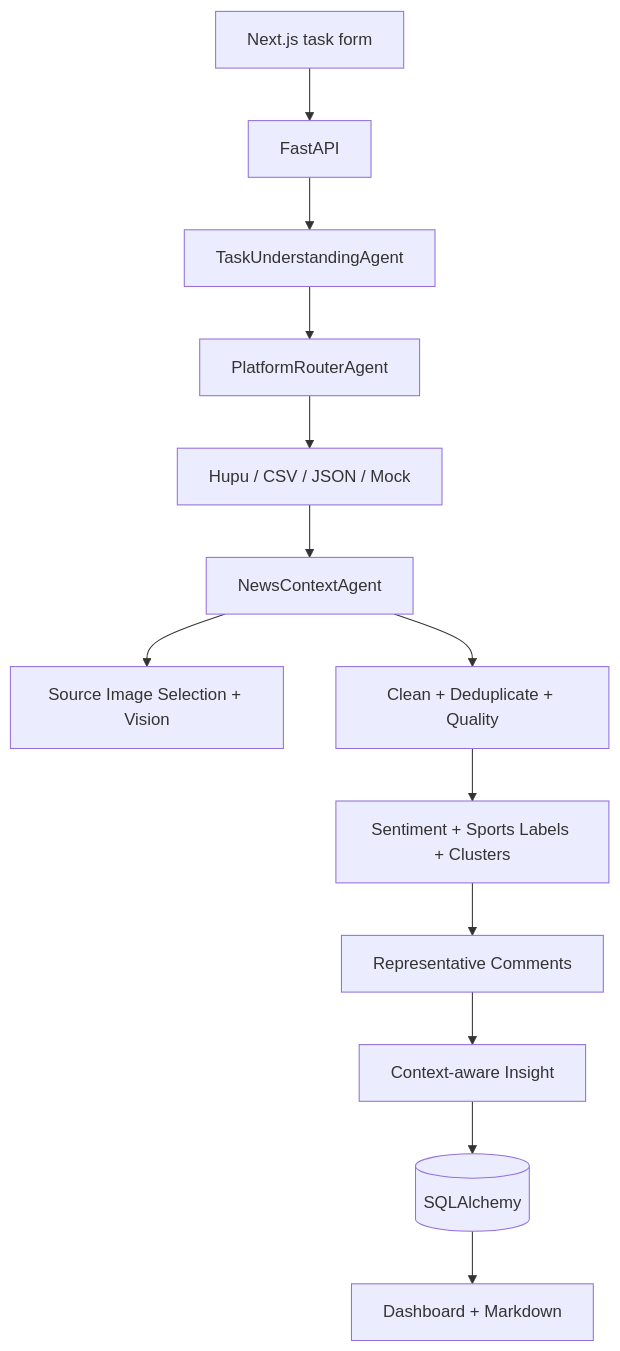
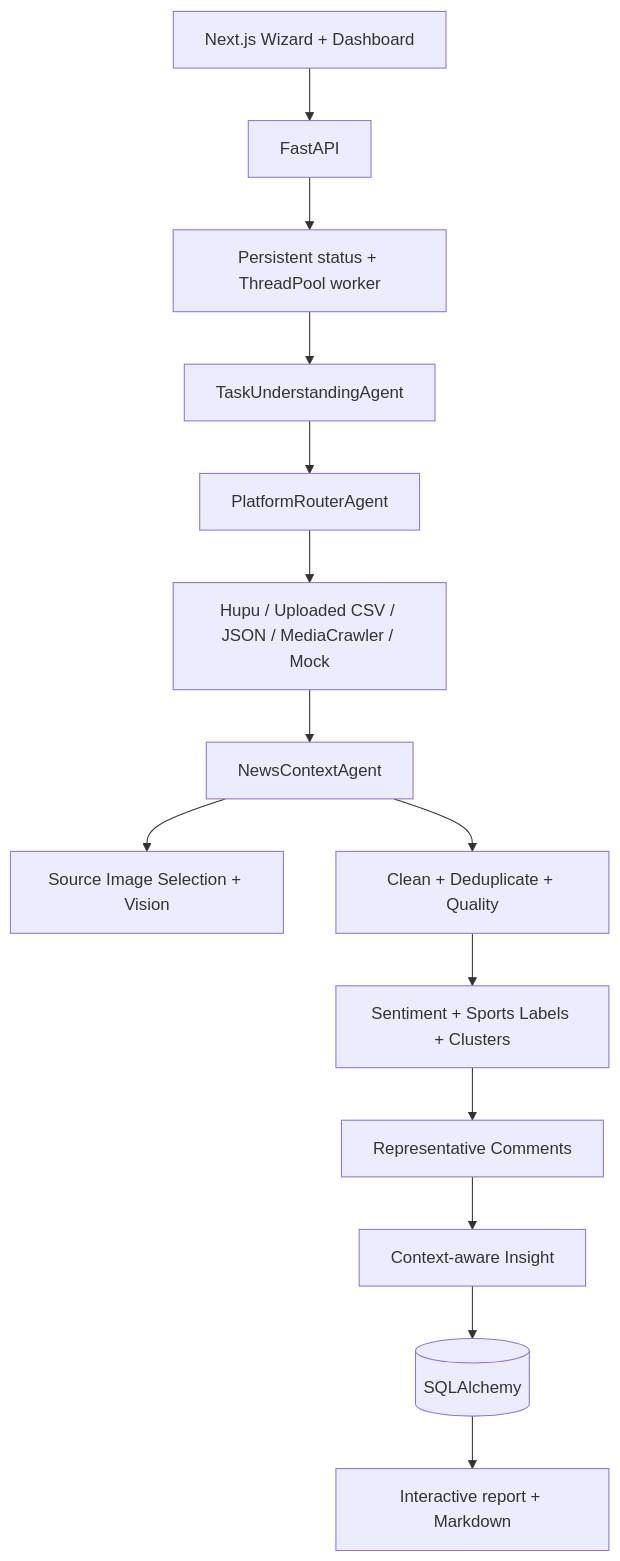
One commit to onlykillerf/comment-insight-agent changed the diagram in docs/architecture.md. Above: the diagram before and after it, drawn with Mermaid. The commit also changed other lines of this file and 55 other files, not shown here.

````diff
--- a/docs/architecture.md
+++ b/docs/architecture.md
@@ -15,15 +15,16 @@
 ```mermaid
 flowchart TD
-  UI[Next.js task form] --> API[FastAPI]
-  API --> Task[TaskUnderstandingAgent]
+  UI[Next.js Wizard + Dashboard] --> API[FastAPI]
+  API --> Queue[Persistent status + ThreadPool worker]
+  Queue --> Task[TaskUnderstandingAgent]
   Task --> Router[PlatformRouterAgent]
-  Router --> Comments[Hupu / CSV / JSON / Mock]
+  Router --> Comments[Hupu / Uploaded CSV / JSON / MediaCrawler / Mock]
   Comments --> Context[NewsContextAgent]
   Context --> Media[Source Image Selection + Vision]
   Context --> Clean[Clean + Deduplicate + Quality]
   Clean --> Analyze[Sentiment + Sports Labels + Clusters]
   Analyze --> Sample[Representative Comments]
   Sample --> Insight[Context-aware Insight]
   Insight --> Store[(SQLAlchemy)]
-  Store --> Report[Dashboard + Markdown]
+  Store --> Report[Interactive report + Markdown]
 ```
````
